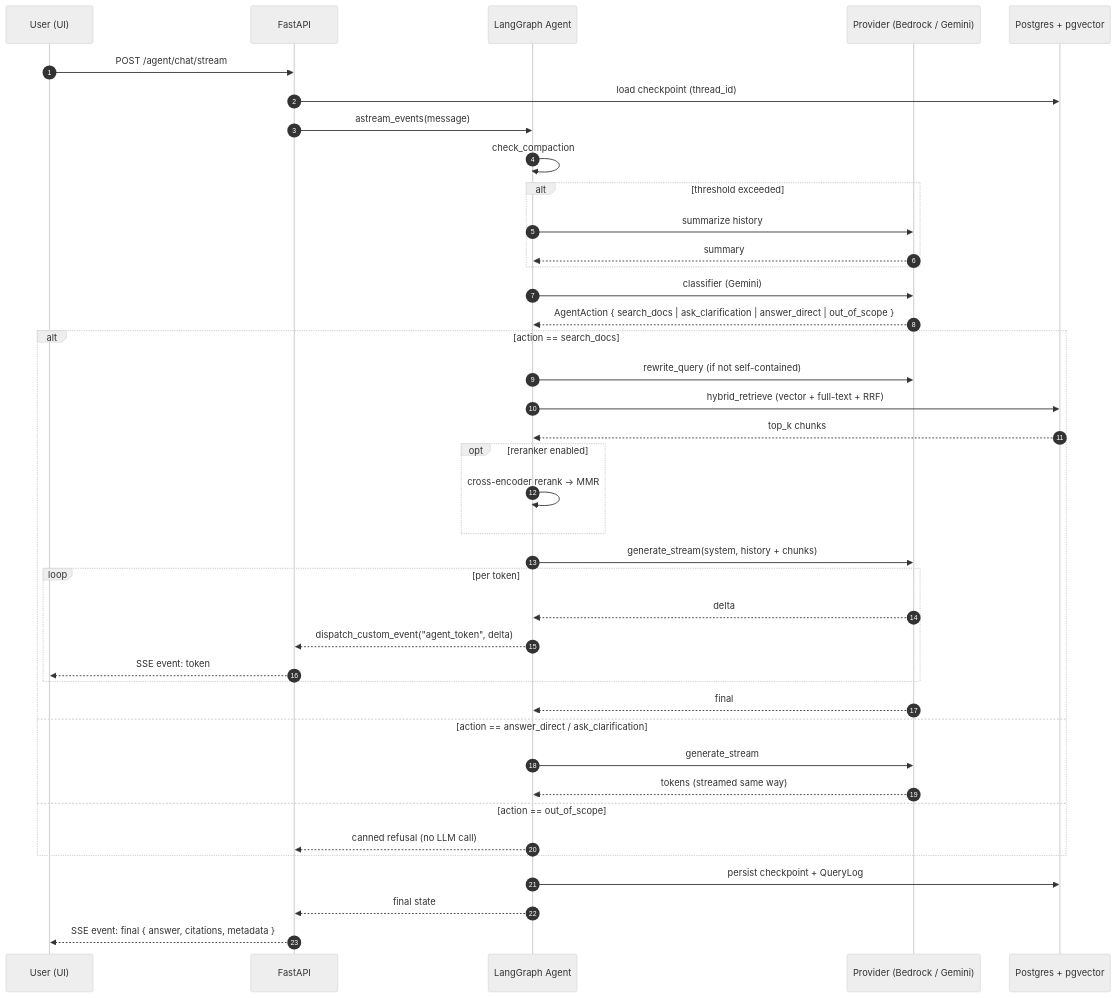
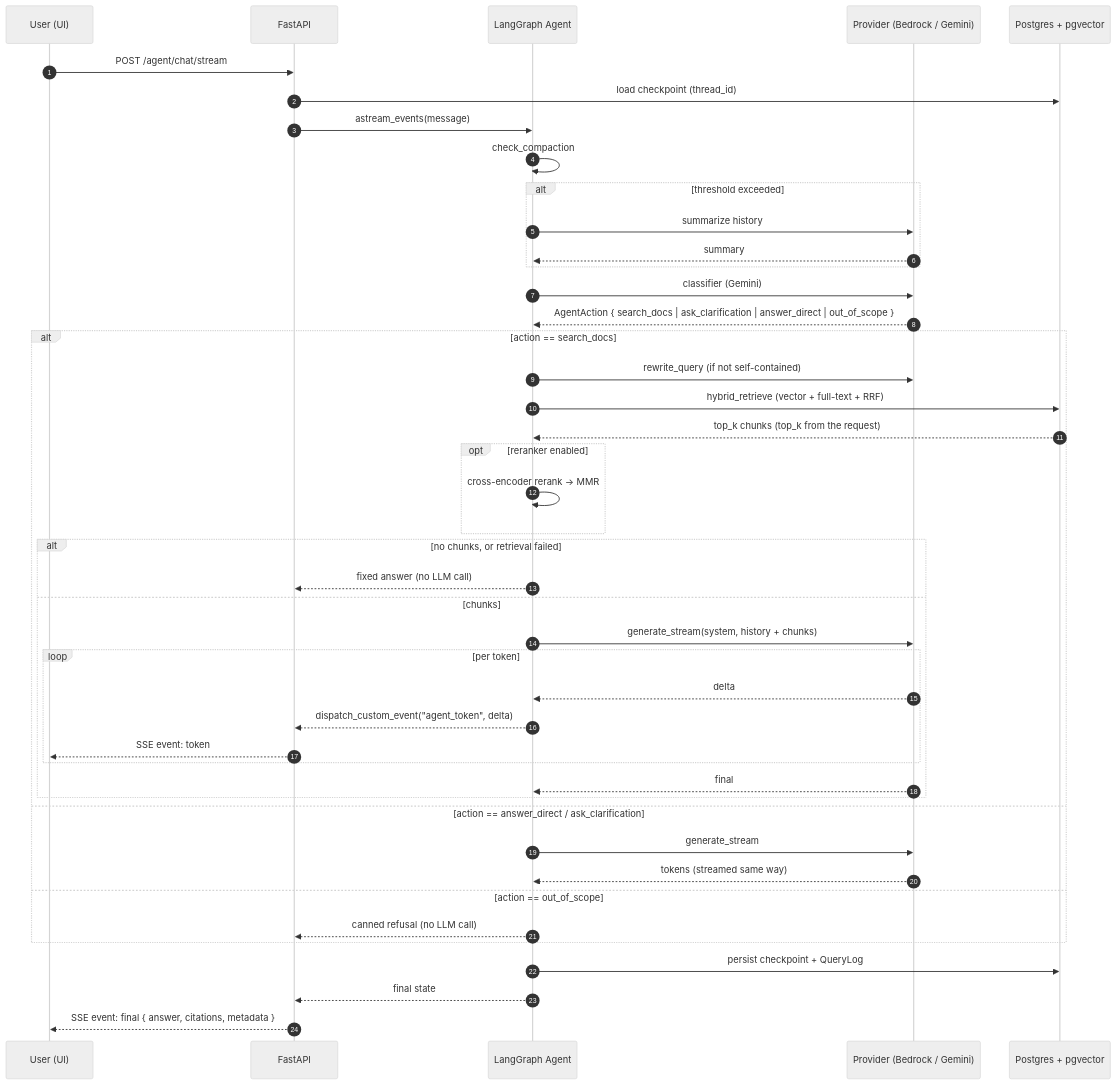
The second of 4 diagrams in ARCHITECTURE.md (FrancoCazal/WhisperDocs), drawn with Mermaid (neutral theme) before and after one commit. The commit also changed other lines of this file and 6 other files, not shown here.

````diff
--- a/ARCHITECTURE.md
+++ b/ARCHITECTURE.md
@@ -95,43 +95,47 @@
 ```mermaid
 sequenceDiagram
   autonumber
   participant U as User (UI)
   participant API as FastAPI
   participant G as LangGraph Agent
   participant LLM as Provider (Bedrock / Gemini)
   participant DB as Postgres + pgvector
 
   U->>API: POST /agent/chat/stream
   API->>DB: load checkpoint (thread_id)
   API->>G: astream_events(message)
   G->>G: check_compaction
   alt threshold exceeded
     G->>LLM: summarize history
     LLM-->>G: summary
   end
   G->>LLM: classifier (Gemini)
   LLM-->>G: AgentAction { search_docs | ask_clarification | answer_direct | out_of_scope }
   alt action == search_docs
     G->>LLM: rewrite_query (if not self-contained)
     G->>DB: hybrid_retrieve (vector + full-text + RRF)
-    DB-->>G: top_k chunks
+    DB-->>G: top_k chunks (top_k from the request)
     opt reranker enabled
       G->>G: cross-encoder rerank → MMR
     end
-    G->>LLM: generate_stream(system, history + chunks)
-    loop per token
-      LLM-->>G: delta
-      G-->>API: dispatch_custom_event("agent_token", delta)
-      API-->>U: SSE event: token
+    alt no chunks, or retrieval failed
+      G-->>API: fixed answer (no LLM call)
+    else chunks
+      G->>LLM: generate_stream(system, history + chunks)
+      loop per token
+        LLM-->>G: delta
+        G-->>API: dispatch_custom_event("agent_token", delta)
+        API-->>U: SSE event: token
+      end
+      LLM-->>G: final
     end
-    LLM-->>G: final
   else action == answer_direct / ask_clarification
     G->>LLM: generate_stream
     LLM-->>G: tokens (streamed same way)
   else action == out_of_scope
     G-->>API: canned refusal (no LLM call)
   end
   G->>DB: persist checkpoint + QueryLog
   G-->>API: final state
   API-->>U: SSE event: final { answer, citations, metadata }
 ```
````
